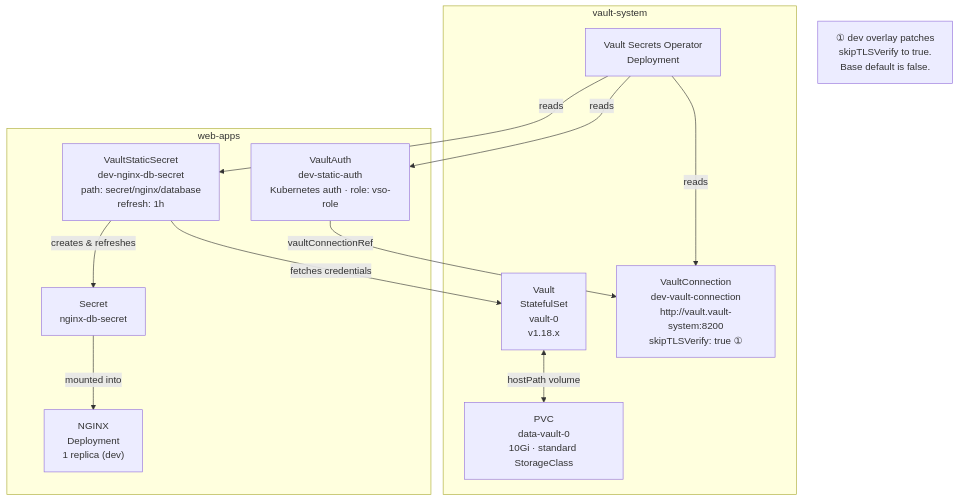
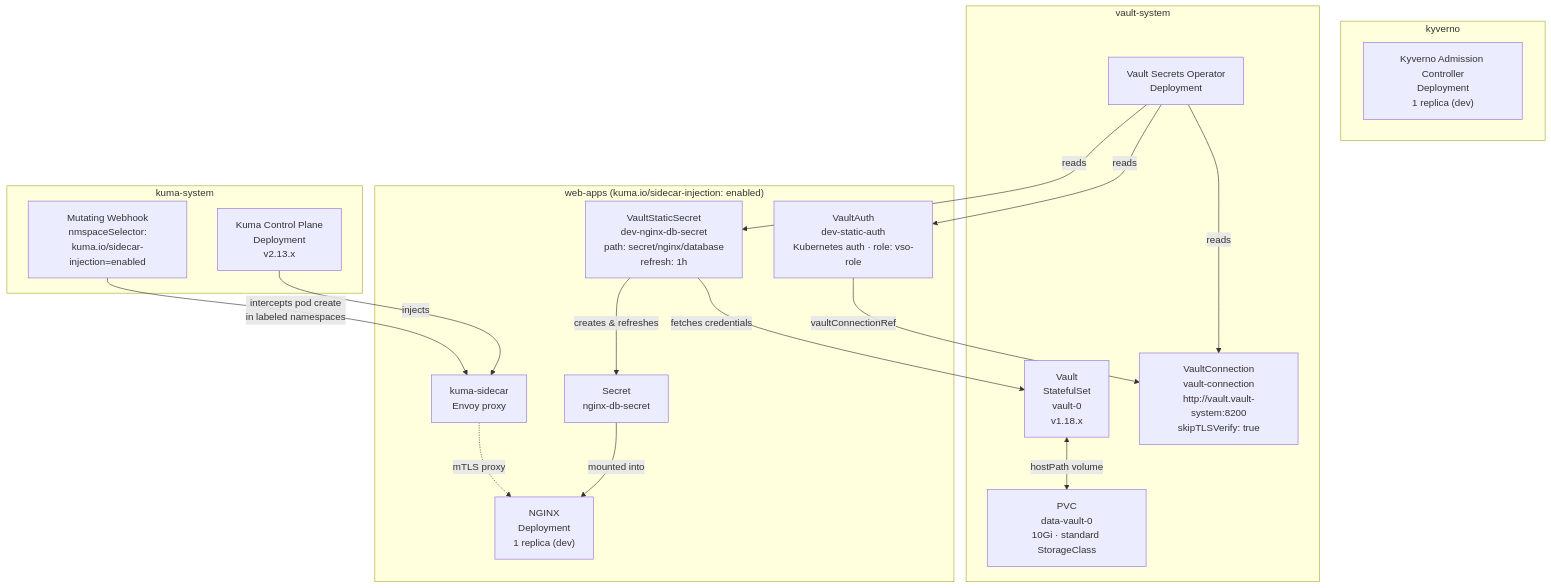
The second of 4 diagrams in ARCHITECTURE.md (rcbassil/flux-fleet-infra), drawn with Mermaid before and after one commit. The commit also changed other lines of this file and 2 other files, not shown here.

Commit message:
Update README, CHANGELOG, and ARCHITECTURE for Kuma/Kyverno and infra refactor

````diff
--- a/ARCHITECTURE.md
+++ b/ARCHITECTURE.md
@@ -46,27 +56,38 @@
 ```mermaid
 flowchart TD
+    subgraph kuma-system["kuma-system"]
+        KUMA["Kuma Control Plane\nDeployment\nv2.13.x"]
+        KWEB["Mutating Webhook\nnmspaceSelector:\nkuma.io/sidecar-injection=enabled"]
+    end
+
+    subgraph kyverno["kyverno"]
+        KYV["Kyverno Admission Controller\nDeployment\n1 replica (dev)"]
+    end
+
     subgraph vault-system["vault-system"]
         VAULT["Vault\nStatefulSet\nvault-0\nv1.18.x"]
         PVC["PVC\ndata-vault-0\n10Gi · standard StorageClass"]
         VSO["Vault Secrets Operator\nDeployment"]
-        VC["VaultConnection\ndev-vault-connection\nhttp://vault.vault-system:8200\nskipTLSVerify: true ①"]
+        VC["VaultConnection\nvault-connection\nhttp://vault.vault-system:8200\nskipTLSVerify: true"]
     end
 
-    subgraph web-apps["web-apps"]
+    subgraph web-apps["web-apps  (kuma.io/sidecar-injection: enabled)"]
         NGINX["NGINX\nDeployment\n1 replica (dev)"]
+        SIDECAR["kuma-sidecar\nEnvoy proxy"]
         VA["VaultAuth\ndev-static-auth\nKubernetes auth · role: vso-role"]
         VSS["VaultStaticSecret\ndev-nginx-db-secret\npath: secret/nginx/database\nrefresh: 1h"]
         SEC["Secret\nnginx-db-secret"]
     end
 
     VAULT <-->|"hostPath volume"| PVC
     VSO -->|"reads"| VC
     VSO -->|"reads"| VA
     VSO -->|"reads"| VSS
     VA -->|"vaultConnectionRef"| VC
     VSS -->|"fetches credentials"| VAULT
     VSS -->|"creates & refreshes"| SEC
     SEC -->|"mounted into"| NGINX
-
-    note1["① dev overlay patches\nskipTLSVerify to true.\nBase default is false."]
+    KUMA -->|"injects"| SIDECAR
+    SIDECAR -.->|"mTLS proxy"| NGINX
+    KWEB -->|"intercepts pod create\nin labeled namespaces"| SIDECAR
 ```
````
